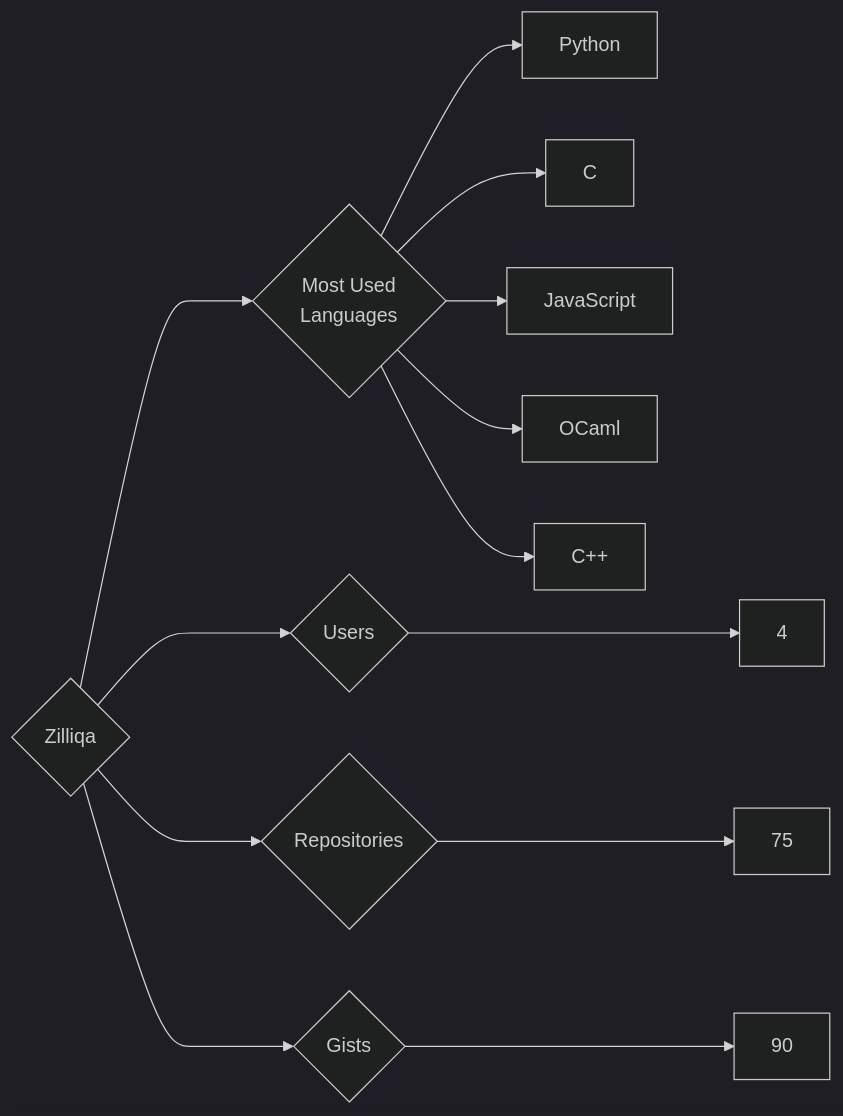
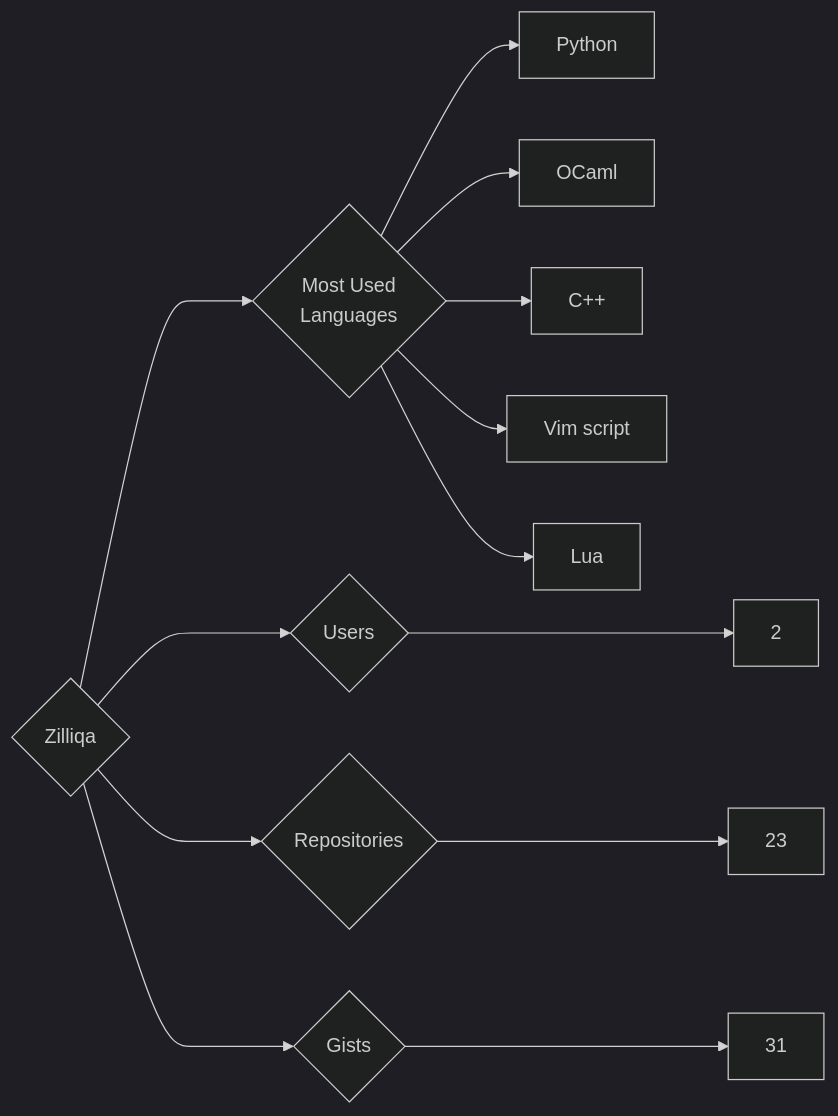
Before and after one commit to trickest/insiders: the diagram in targets/Zilliqa/README.md, drawn with Mermaid (dark theme). The commit also changed 794 other files, not shown here.

````diff
--- a/targets/Zilliqa/README.md
+++ b/targets/Zilliqa/README.md
@@ -3,13 +3,13 @@
 ```mermaid
 graph LR
 COMPANY_NAME{Zilliqa}
-COMPANY_NAME ---> U{Users} ---> UN[4]
-COMPANY_NAME ---> R{Repositories} ---> RN[75]
-COMPANY_NAME ---> G{Gists} ---> GN[90]
+COMPANY_NAME ---> U{Users} ---> UN[2]
+COMPANY_NAME ---> R{Repositories} ---> RN[23]
+COMPANY_NAME ---> G{Gists} ---> GN[31]
 COMPANY_NAME ---> ML{Most Used<br>Languages}
 ML --> Python[Python]
-ML --> C[C]
-ML --> JavaScript[JavaScript]
 ML --> OCaml[OCaml]
 ML --> C++[C++]
+ML --> Vim_script[Vim script]
+ML --> Lua[Lua]
 ```
````
